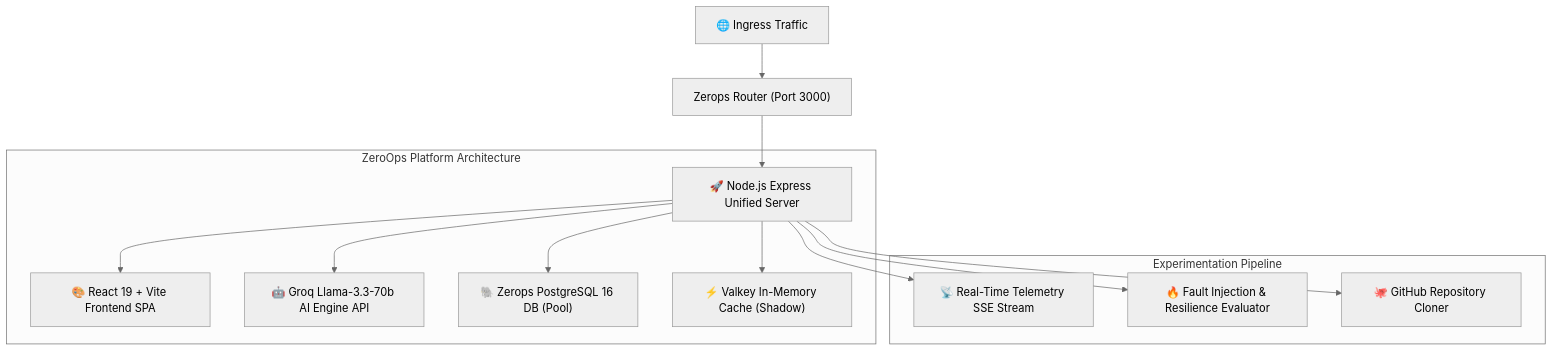
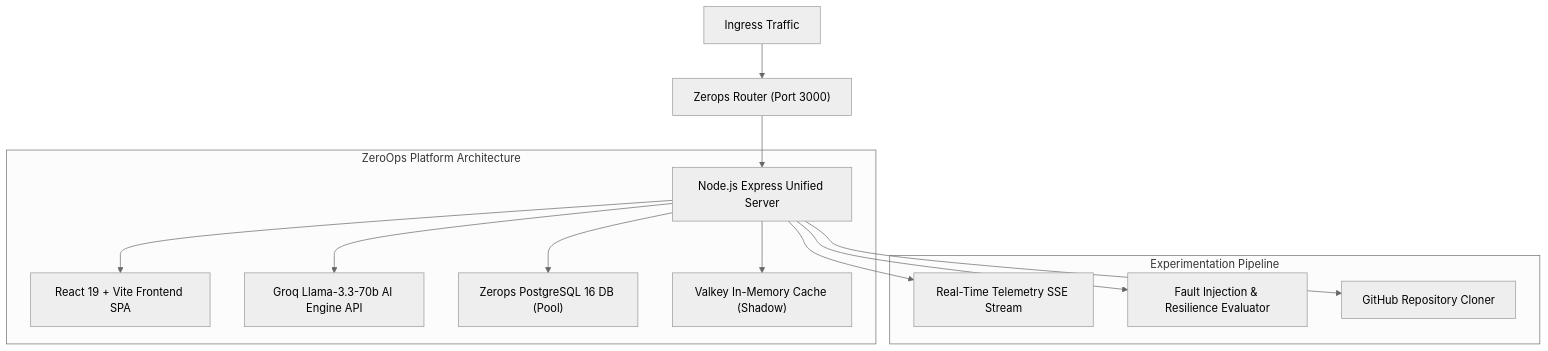
One commit to Sswastik60/ShadowLab changed the diagram in README.md. Above: the diagram before and after it, drawn with Mermaid (neutral theme). The commit also changed other lines of this file, not shown here.

````diff
--- a/README.md
+++ b/README.md
@@ -34,18 +34,18 @@
 ```mermaid
 graph TD
-    User["🌐 Ingress Traffic"] --> Router["Zerops Router (Port 3000)"]
-    Router --> Server["🚀 Node.js Express Unified Server"]
+    User[" Ingress Traffic"] --> Router["Zerops Router (Port 3000)"]
+    Router --> Server[" Node.js Express Unified Server"]
     
     subgraph ZeroOps Platform Architecture
-        Server --> Frontend["🎨 React 19 + Vite Frontend SPA"]
-        Server --> GroqAI["🤖 Groq Llama-3.3-70b AI Engine API"]
-        Server --> PostgresDB["🐘 Zerops PostgreSQL 16 DB (Pool)"]
-        Server --> ValkeyCache["⚡ Valkey In-Memory Cache (Shadow)"]
+        Server --> Frontend[" React 19 + Vite Frontend SPA"]
+        Server --> GroqAI["Groq Llama-3.3-70b AI Engine API"]
+        Server --> PostgresDB[" Zerops PostgreSQL 16 DB (Pool)"]
+        Server --> ValkeyCache[" Valkey In-Memory Cache (Shadow)"]
     end
     
     subgraph Experimentation Pipeline
-        Server --> SSEStream["📡 Real-Time Telemetry SSE Stream"]
-        Server --> ChaosEngine["🔥 Fault Injection & Resilience Evaluator"]
-        Server --> GitHubInspector["🐙 GitHub Repository Cloner"]
+        Server --> SSEStream[" Real-Time Telemetry SSE Stream"]
+        Server --> ChaosEngine[" Fault Injection & Resilience Evaluator"]
+        Server --> GitHubInspector[" GitHub Repository Cloner"]
     end
 ```
````
